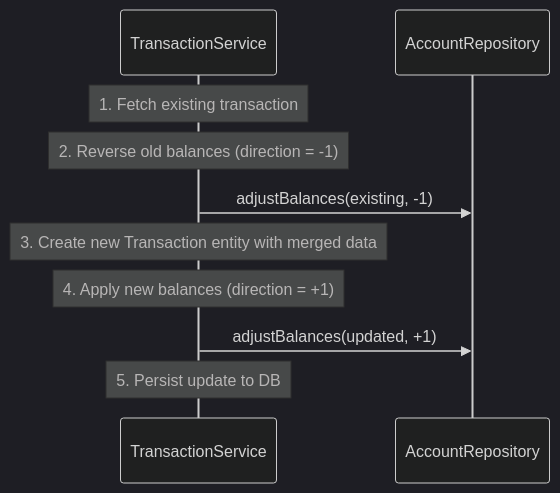
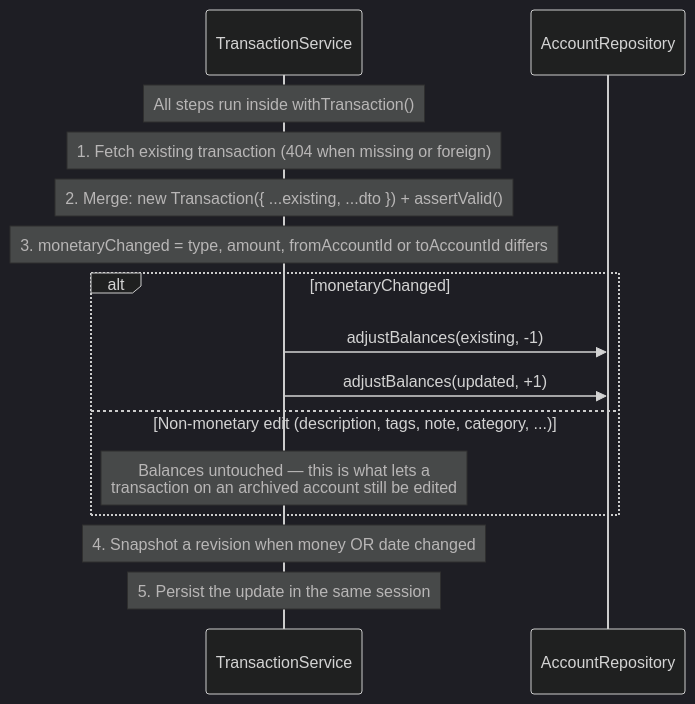
Before and after one commit to alex16jpv/lag-money-manager: the second of 2 diagrams in docs/modules/transactions.md, drawn with Mermaid (dark theme). The commit also changed other lines of this file and 37 other files, not shown here.

````diff
--- a/docs/modules/transactions.md
+++ b/docs/modules/transactions.md
@@ -139,13 +182,18 @@
 ```mermaid
 sequenceDiagram
     participant SVC as TransactionService
     participant ACCT as AccountRepository
 
-    Note over SVC: 1. Fetch existing transaction
-    Note over SVC: 2. Reverse old balances (direction = -1)
-    SVC->>ACCT: adjustBalances(existing, -1)
-    Note over SVC: 3. Create new Transaction entity with merged data
-    Note over SVC: 4. Apply new balances (direction = +1)
-    SVC->>ACCT: adjustBalances(updated, +1)
-    Note over SVC: 5. Persist update to DB
+    Note over SVC: All steps run inside withTransaction()
+    Note over SVC: 1. Fetch existing transaction (404 when missing or foreign)
+    Note over SVC: 2. Merge: new Transaction({ ...existing, ...dto }) + assertValid()
+    Note over SVC: 3. monetaryChanged = type, amount, fromAccountId or toAccountId differs
+    alt monetaryChanged
+        SVC->>ACCT: adjustBalances(existing, -1)
+        SVC->>ACCT: adjustBalances(updated, +1)
+    else Non-monetary edit (description, tags, note, category, ...)
+        Note over SVC: Balances untouched — this is what lets a<br/>transaction on an archived account still be edited
+    end
+    Note over SVC: 4. Snapshot a revision when money OR date changed
+    Note over SVC: 5. Persist the update in the same session
 ```
````
